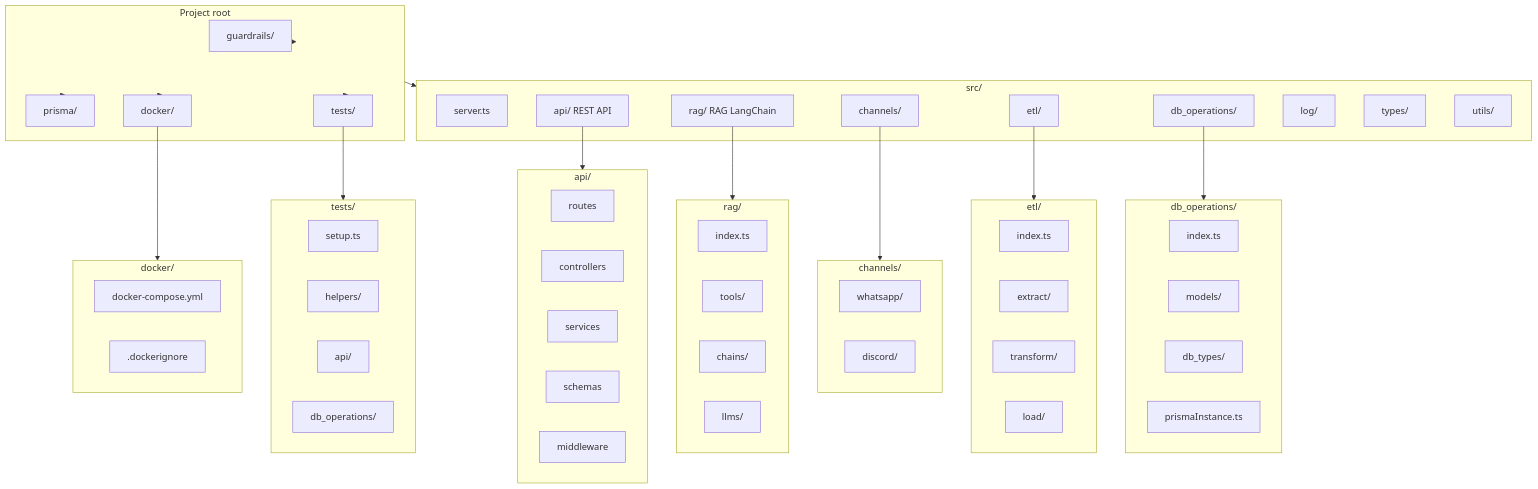
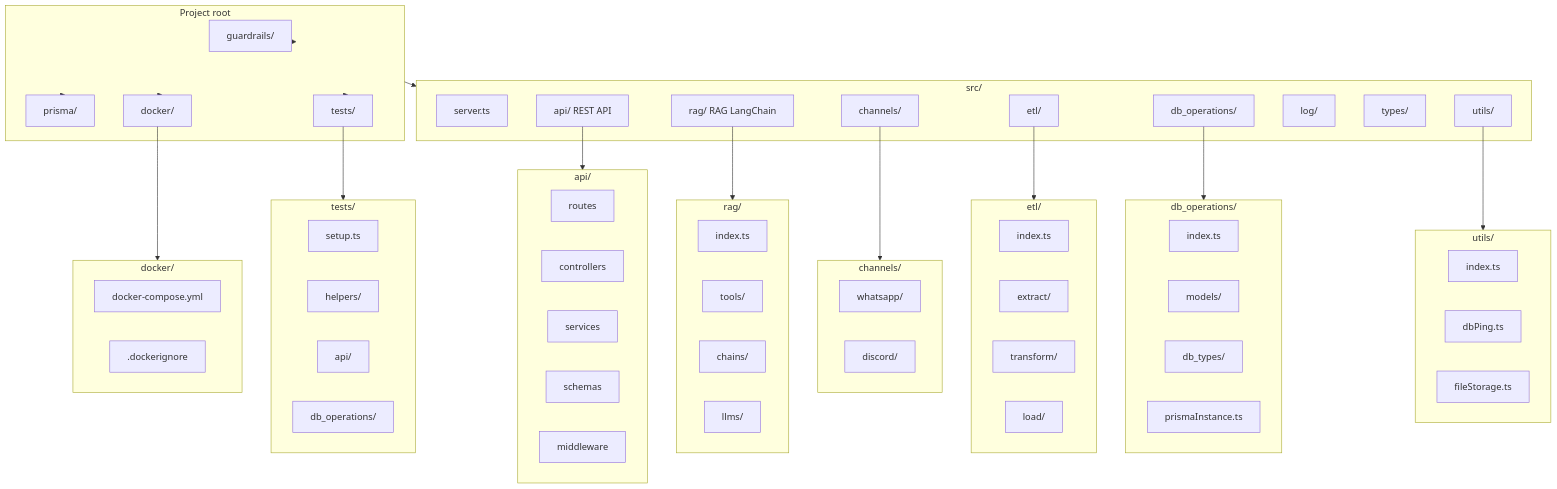
Before and after one commit to sorocode-comunidade/swanytello: the second of 4 diagrams in docs/project_structure/project-structure.md, drawn with Mermaid. The commit also changed 9 other files, not shown here.

````diff
--- a/docs/project_structure/project-structure.md
+++ b/docs/project_structure/project-structure.md
@@ -129,6 +129,12 @@
     load[load/]
   end
 
+  subgraph utils_detail [utils/]
+    utils_index[index.ts]
+    utils_db_ping[dbPing.ts]
+    utils_file_storage[fileStorage.ts]
+  end
+
   subgraph docker_detail [docker/]
     compose[docker-compose.yml]
     dockerignore[.dockerignore]
@@ -151,6 +157,7 @@
   channels --> channels_detail
   db_ops --> db_ops_detail
   etl --> etl_detail
+  utils --> utils_detail
   docker --> docker_detail
   tests --> tests_detail
 ```
````
